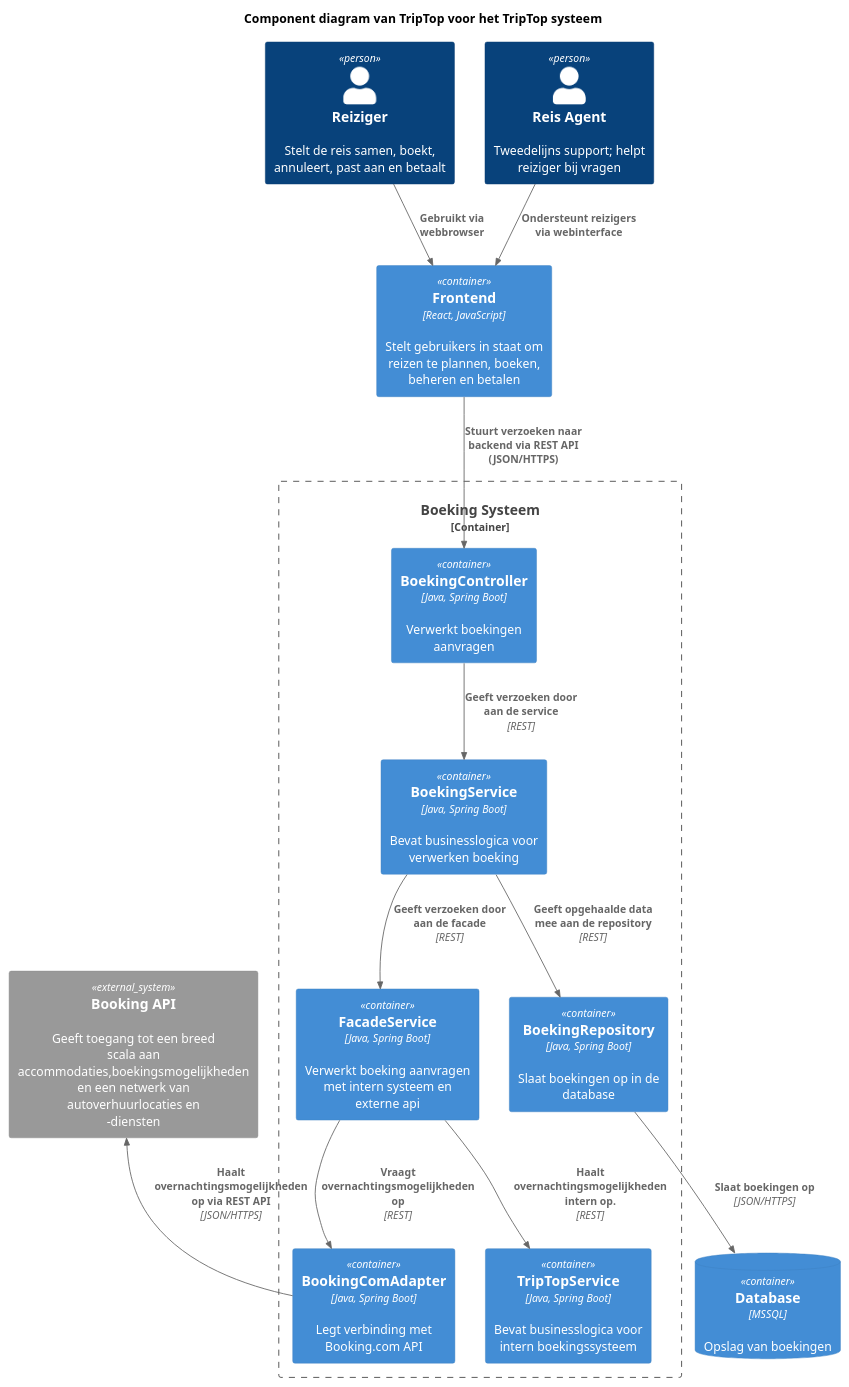
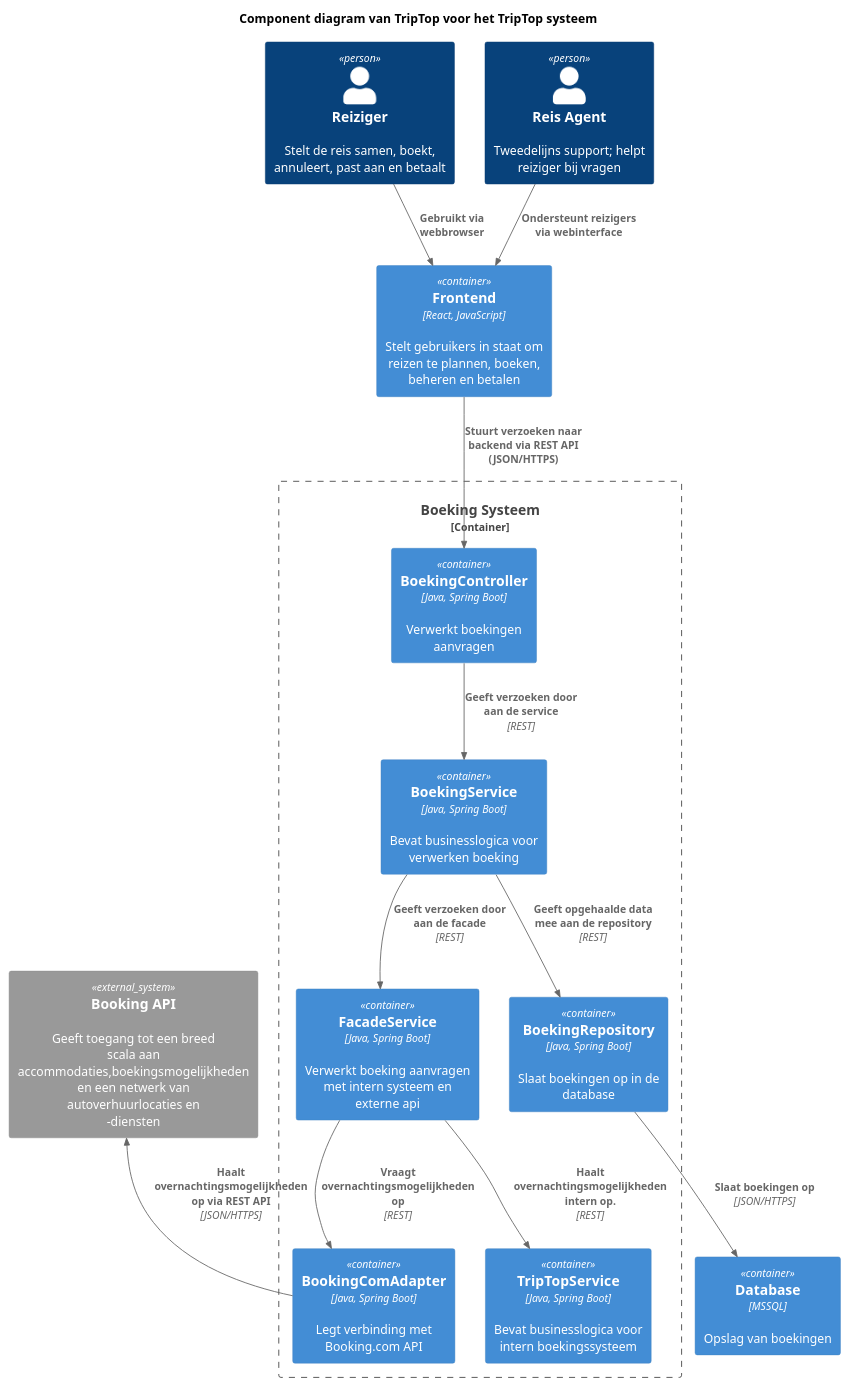
One commit to AIM-ENE-feb25/triptop-asas changed the diagram in software-guidebook/component-code/sybren/component-diagram.puml. Above: the diagram before and after it, drawn with PlantUML. The commit also changed 1 other file, not shown here.

```diff
--- a/software-guidebook/component-code/sybren/component-diagram.puml
+++ b/software-guidebook/component-code/sybren/component-diagram.puml
@@ -1,38 +1,38 @@
 @startuml
-!include https://raw.githubusercontent.com/plantuml-stdlib/C4-PlantUML/master/C4_Container.puml
+!include https://raw.githubusercontent.com/plantuml-stdlib/C4-PlantUML/master/C4_Component.puml
 
 title Component diagram van TripTop voor het TripTop systeem
 
 Person(reiziger, "Reiziger", "Stelt de reis samen, boekt, annuleert, past aan en betaalt")
 Person(ondersteuner, "Reis Agent", "Tweedelijns support; helpt reiziger bij vragen")
 
 Container_Boundary(triptop, "Boeking Systeem") {
     Container(controller, "BoekingController", "Java, Spring Boot", "Verwerkt boekingen aanvragen")
     Container(service, "BoekingService", "Java, Spring Boot", "Bevat businesslogica voor verwerken boeking")
     Container(facade, "FacadeService", "Java, Spring Boot", "Verwerkt boeking aanvragen met intern systeem en externe api")
     Container(boeking_repository, "BoekingRepository", "Java, Spring Boot", "Slaat boekingen op in de database")
     Container(booking_com_adapter, "BookingComAdapter", "Java, Spring Boot", "Legt verbinding met Booking.com API")
     Container(triptop_service, "TripTopService", "Java, Spring Boot", "Bevat businesslogica voor intern boekingssysteem")
 }
 
  Container(frontend, "Frontend", "React, JavaScript", "Stelt gebruikers in staat om reizen te plannen, boeken, beheren en betalen")
- ContainerDb(database, "Database", "MSSQL", "Opslag van boekingen")
+ Container(database, "Database", "MSSQL", "Opslag van boekingen")
 
 System_Ext(booking, "Booking API ", "Geeft toegang tot een breed scala aan accommodaties,boekingsmogelijkheden en een netwerk van autoverhuurlocaties en -diensten")
 
 
 ' Relaties gebruiker naar containers
 Rel(reiziger, frontend, "Gebruikt via webbrowser")
 Rel(ondersteuner, frontend, "Ondersteunt reizigers via webinterface")
 
 ' Relaties tussen containers binnen TripTop
 Rel(frontend, controller, "Stuurt verzoeken naar backend via REST API (JSON/HTTPS)")
 Rel(controller, service, "Geeft verzoeken door aan de service", "REST")
 Rel(service, facade, "Geeft verzoeken door aan de facade", "REST")
 Rel(service, boeking_repository, "Geeft opgehaalde data mee aan de repository", "REST")
 Rel(boeking_repository, database, "Slaat boekingen op", "JSON/HTTPS")
 Rel(facade, booking_com_adapter, "Vraagt overnachtingsmogelijkheden op", "REST")
 Rel(facade, triptop_service, "Haalt overnachtingsmogelijkheden intern op.", "REST")
 ' Relaties backend naar externe systemen
 Rel_U(booking_com_adapter, booking, "Haalt overnachtingsmogelijkheden op via REST API", "JSON/HTTPS")
 @enduml
```
